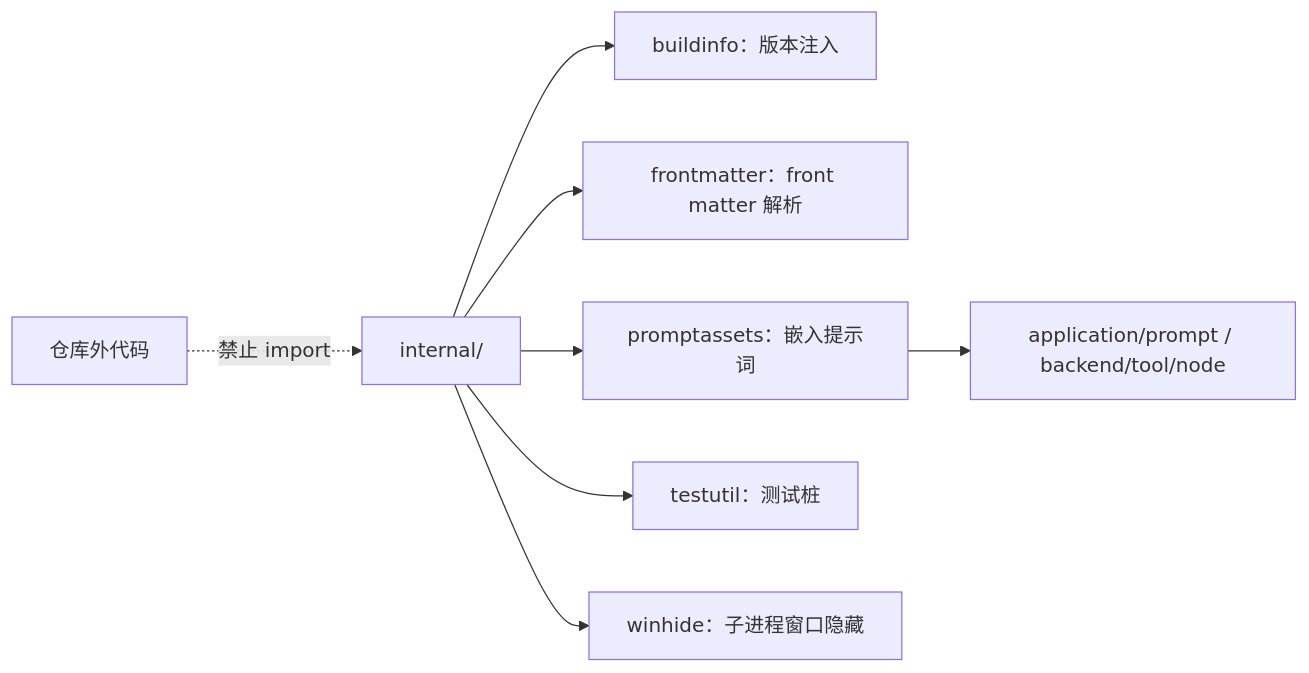
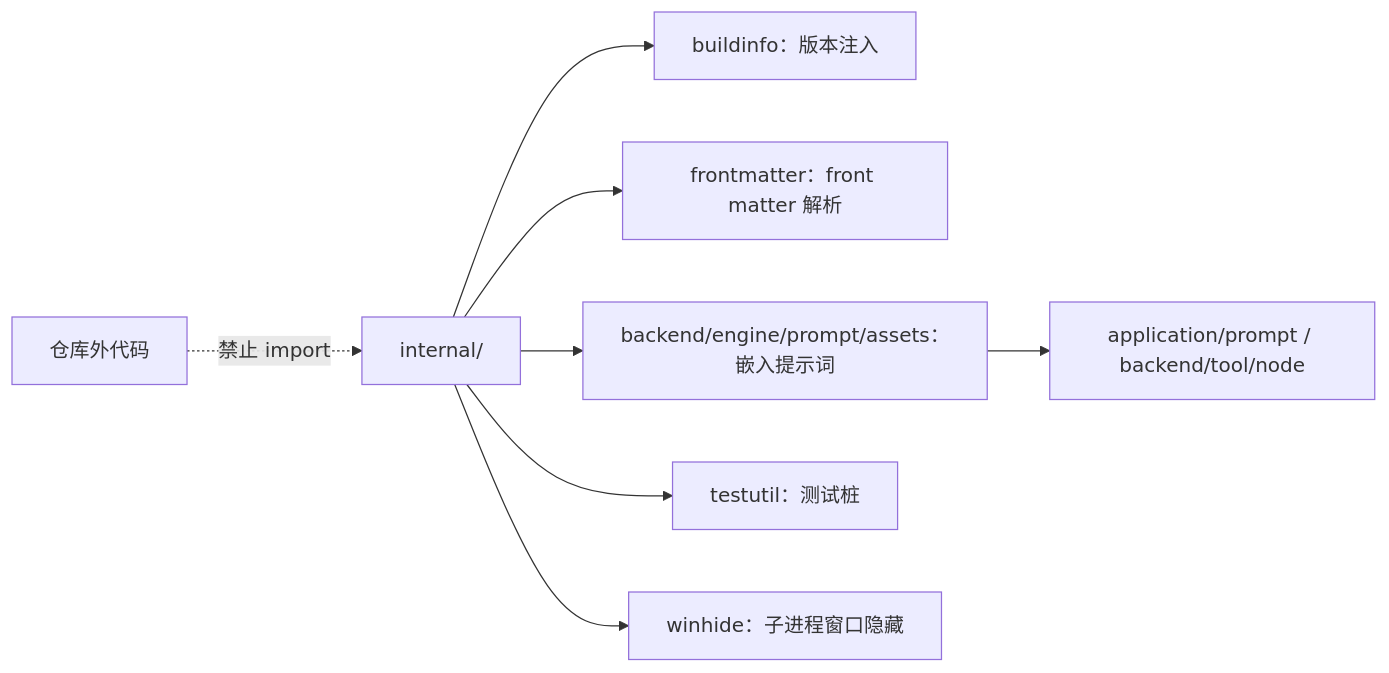
The diagram in internal/README.md (RedHuang-0622/seelex), drawn with Mermaid before and after one commit. The commit also changed other lines of this file and 30 other files, not shown here.

First line of the commit message:
refactor(arch): M5-R7h internal/promptassets 归位 backend/engine/prompt/assets（plan §2.5）

````diff
--- a/internal/README.md
+++ b/internal/README.md
@@ -19,10 +19,10 @@
 ```mermaid
 flowchart LR
     OUT["仓库外代码"] -.->|禁止 import| INTERNAL["internal/"]
     INTERNAL --> B["buildinfo：版本注入"]
     INTERNAL --> F["frontmatter：front matter 解析"]
-    INTERNAL --> P["promptassets：嵌入提示词"]
+    INTERNAL --> P["backend/engine/prompt/assets：嵌入提示词"]
     INTERNAL --> T["testutil：测试桩"]
     INTERNAL --> W["winhide：子进程窗口隐藏"]
     P --> PROMPT["application/prompt / backend/tool/node"]
 ```
````
